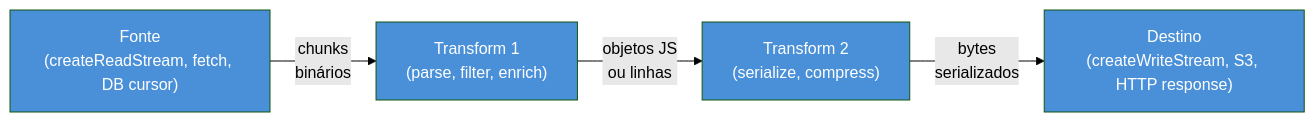
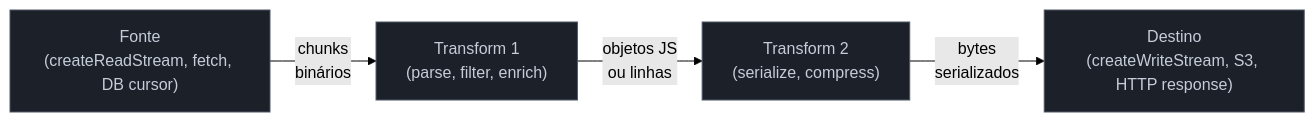
Before and after one commit to josenaldo/codex-technomanticus: the diagram in 03-Dominios/Tecnologia/Node/Streams/10 - Padrões práticos.md, drawn with Mermaid (forest theme). The commit also changed 1181 other files, not shown here.

First line of the commit message:
fix(diagramas): paleta do sistema no lugar de cor cravada no markdown

````diff
--- a/03-Dominios/Tecnologia/Node/Streams/10 - Padrões práticos.md
+++ b/03-Dominios/Tecnologia/Node/Streams/10 - Padrões práticos.md
@@ -35,16 +35,17 @@
 ```mermaid
 flowchart LR
+    classDef neutro fill:#1B2029,stroke:#4E5666,color:#C6CCD8
     A["Fonte\n(createReadStream, fetch, DB cursor)"]
     B["Transform 1\n(parse, filter, enrich)"]
     C["Transform 2\n(serialize, compress)"]
     D["Destino\n(createWriteStream, S3, HTTP response)"]
 
     A -->|"chunks\nbinários"| B
     B -->|"objetos JS\nou linhas"| C
     C -->|"bytes\nserializados"| D
 
-    style A fill:#4A90D9,color:#fff
-    style B fill:#4A90D9,color:#fff
-    style C fill:#4A90D9,color:#fff
-    style D fill:#4A90D9,color:#fff
+    class A neutro
+    class B neutro
+    class C neutro
+    class D neutro
 ```
````
